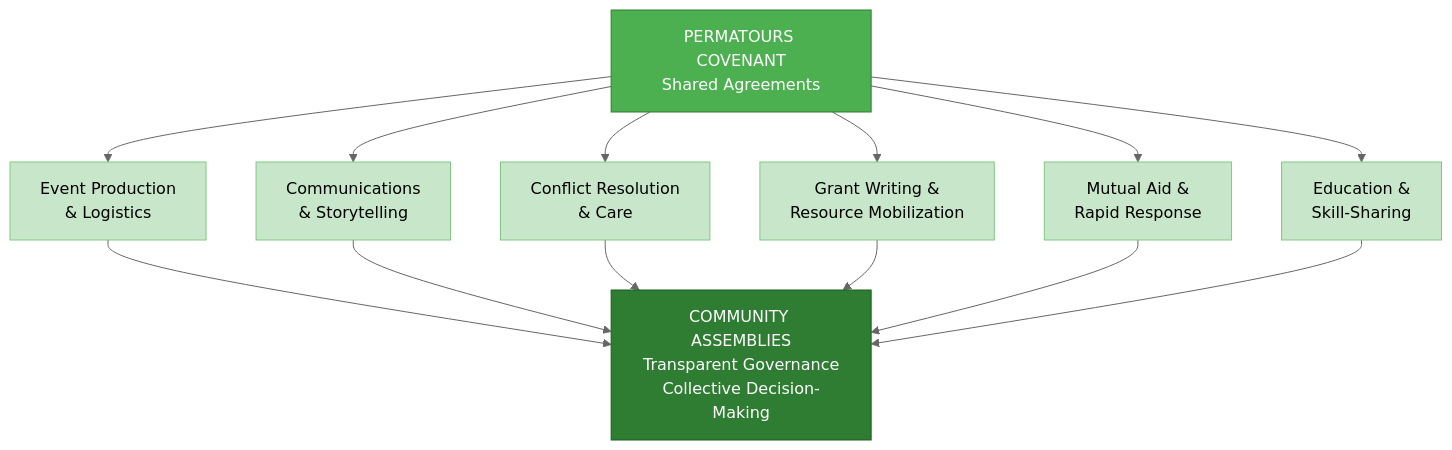
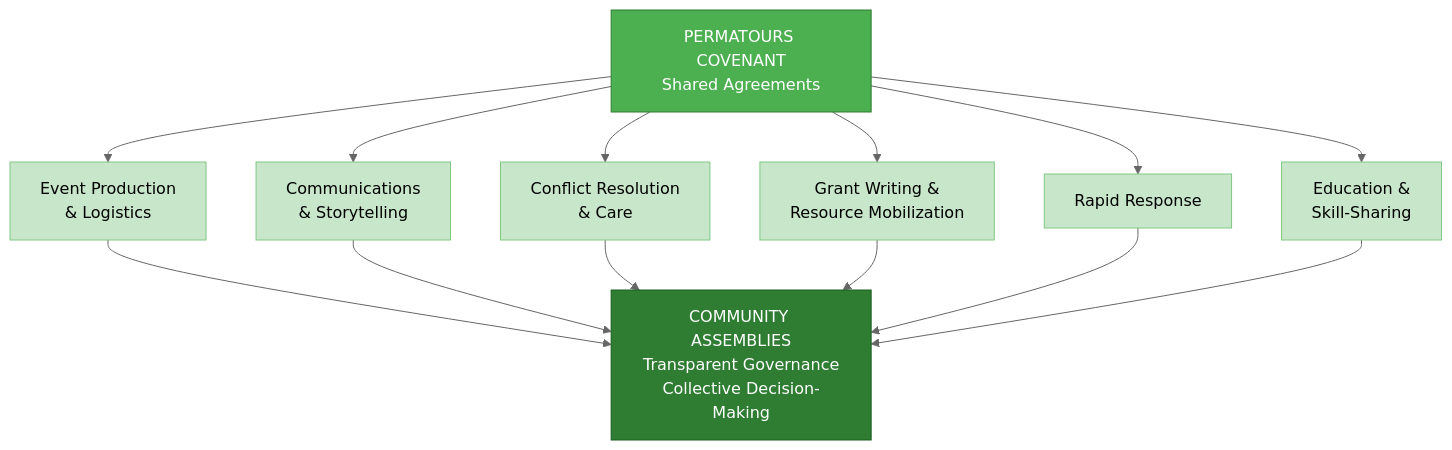
Before and after one commit to Light-Brands/sydney: the second of 4 diagrams in permatours/EXECUTIVE-SUMMARY.md, drawn with Mermaid (neutral theme). The commit also changed other lines of this file, not shown here.

````diff
--- a/permatours/EXECUTIVE-SUMMARY.md
+++ b/permatours/EXECUTIVE-SUMMARY.md
@@ -75,22 +77,22 @@
 ```mermaid
 flowchart TD
     COV["PERMATOURS COVENANT<br/>Shared Agreements"]
 
     COV --> EP["Event Production<br/>& Logistics"]
     COV --> CS["Communications<br/>& Storytelling"]
     COV --> CR["Conflict Resolution<br/>& Care"]
     COV --> GW["Grant Writing &<br/>Resource Mobilization"]
-    COV --> MA["Mutual Aid &<br/>Rapid Response"]
+    COV --> MA["Rapid Response"]
     COV --> ED["Education &<br/>Skill-Sharing"]
 
     EP & CS & CR & GW & MA & ED --> ASM["COMMUNITY ASSEMBLIES<br/>Transparent Governance<br/>Collective Decision-Making"]
 
     style COV fill:#4CAF50,stroke:#2E7D32,color:#fff
     style EP fill:#C8E6C9,stroke:#81C784,color:#000
     style CS fill:#C8E6C9,stroke:#81C784,color:#000
     style CR fill:#C8E6C9,stroke:#81C784,color:#000
     style GW fill:#C8E6C9,stroke:#81C784,color:#000
     style MA fill:#C8E6C9,stroke:#81C784,color:#000
     style ED fill:#C8E6C9,stroke:#81C784,color:#000
     style ASM fill:#2E7D32,stroke:#1B5E20,color:#fff
 ```
````
